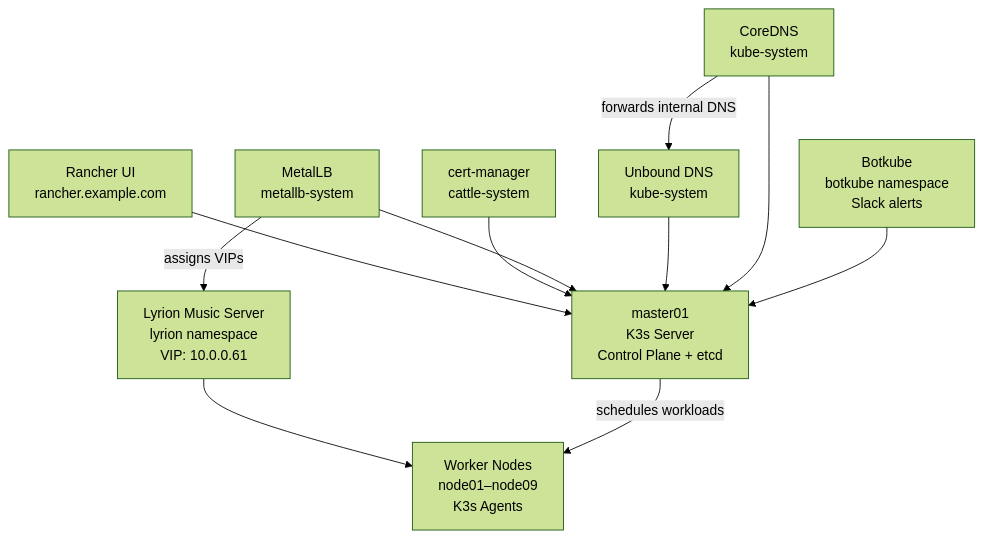
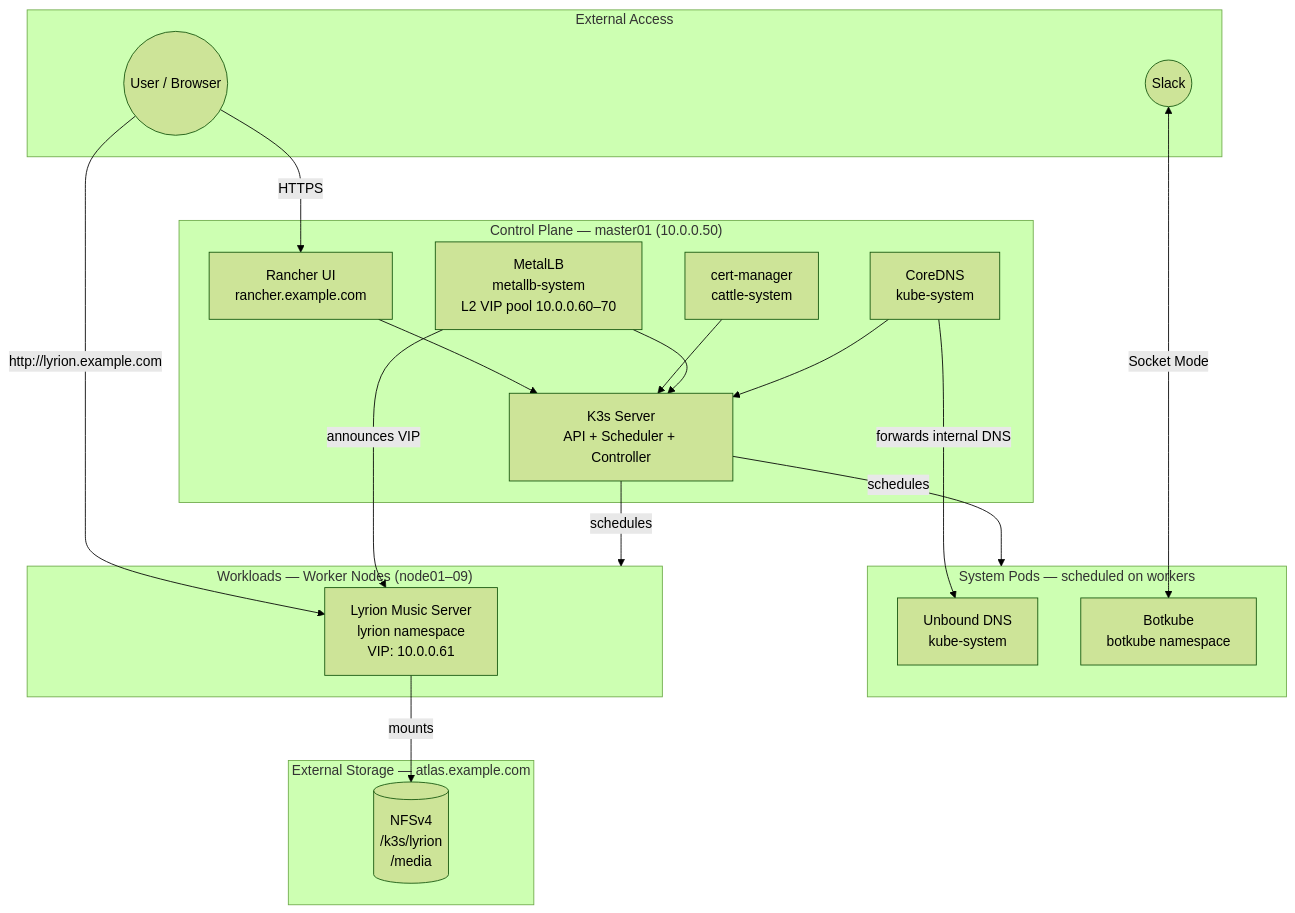
Before and after one commit to NikolajHansen/raspberry-pi-k3s-cluster: the second of 2 diagrams in docs/architecture.md, drawn with Mermaid (forest theme).

Commit message:
docs: Improve Kubernetes diagram with logical subgraph layers
Add subgraphs for: External Access, Control Plane, System Pods,
Workloads, and External Storage — making the architecture much
easier to read at a glance.

````diff
--- a/docs/architecture.md
+++ b/docs/architecture.md
@@ -59,23 +59,41 @@
 ```mermaid
 graph TD
-    rancher[Rancher UI\nrancher.example.com]
-    master[master01\nK3s Server\nControl Plane + etcd]
-    certmgr[cert-manager\ncattle-system]
-    metallb[MetalLB\nmetallb-system]
-    unbound[Unbound DNS\nkube-system]
-    coredns[CoreDNS\nkube-system]
-    botkube[Botkube\nbotkube namespace\nSlack alerts]
-    lyrion[Lyrion Music Server\nlyrion namespace\nVIP: 10.0.0.61]
-    workers[Worker Nodes\nnode01–node09\nK3s Agents]
+    subgraph external["External Access"]
+        user((User / Browser))
+        slack((Slack))
+    end
 
-    rancher --> master
-    certmgr --> master
-    metallb --> master
-    unbound --> master
-    coredns --> master
-    botkube --> master
-    lyrion --> workers
-    master -->|schedules workloads| workers
+    subgraph master_plane["Control Plane — master01 (10.0.0.50)"]
+        k3s[K3s Server\nAPI + Scheduler + Controller]
+        rancher[Rancher UI\nrancher.example.com]
+        certmgr[cert-manager\ncattle-system]
+        metallb[MetalLB\nmetallb-system\nL2 VIP pool 10.0.0.60–70]
+        coredns[CoreDNS\nkube-system]
+    end
+
+    subgraph system_pods["System Pods — scheduled on workers"]
+        unbound[Unbound DNS\nkube-system]
+        botkube[Botkube\nbotkube namespace]
+    end
+
+    subgraph workloads["Workloads — Worker Nodes (node01–09)"]
+        lyrion[Lyrion Music Server\nlyrion namespace\nVIP: 10.0.0.61]
+    end
+
+    subgraph storage["External Storage — atlas.example.com"]
+        nfs[(NFSv4\n/k3s/lyrion\n/media)]
+    end
+
+    user -->|HTTPS| rancher
+    user -->|http://lyrion.example.com| lyrion
+    slack <-->|Socket Mode| botkube
+    rancher --> k3s
+    certmgr --> k3s
+    metallb --> k3s
+    coredns --> k3s
+    k3s -->|schedules| system_pods
+    k3s -->|schedules| workloads
     coredns -->|forwards internal DNS| unbound
-    metallb -->|assigns VIPs| lyrion
+    metallb -->|announces VIP| lyrion
+    lyrion -->|mounts| nfs
 ```
````
